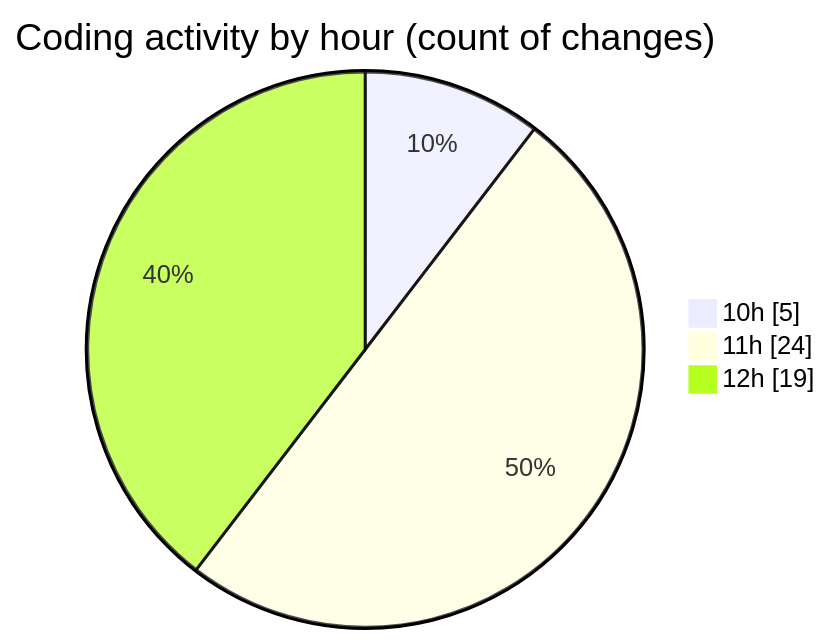
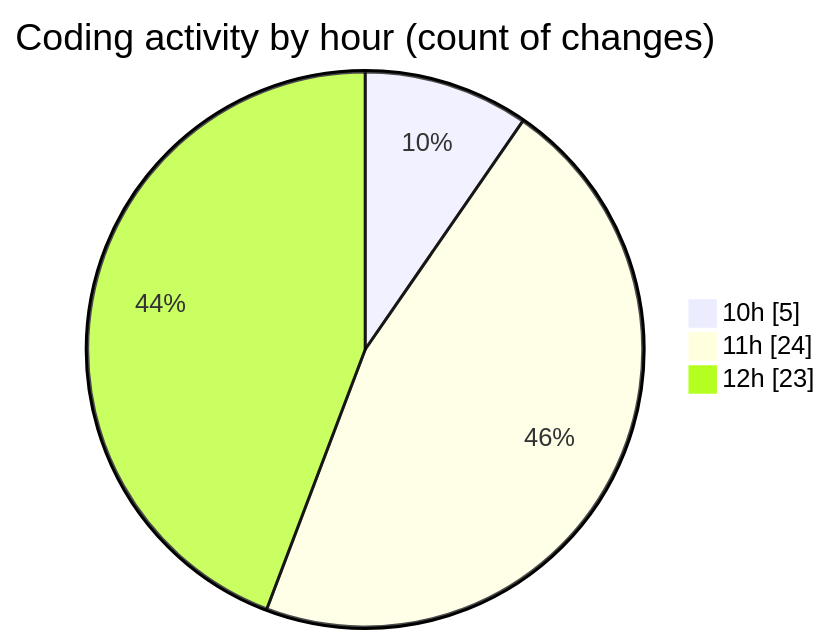
Before and after one commit to nxtqubesakshisongat/code-tracking: the second of 2 diagrams in 2025-06-21/nxtqube_webapp/README.md, drawn with Mermaid. The commit also changed other lines of this file and 1 other file, not shown here.

````diff
--- a/2025-06-21/nxtqube_webapp/README.md
+++ b/2025-06-21/nxtqube_webapp/README.md
@@ -32,7 +32,7 @@
 ```mermaid
 pie showData
 title Coding activity by hour (count of changes)
 "10h" : 5
 "11h" : 24
-"12h" : 19
+"12h" : 23
 ```
````
